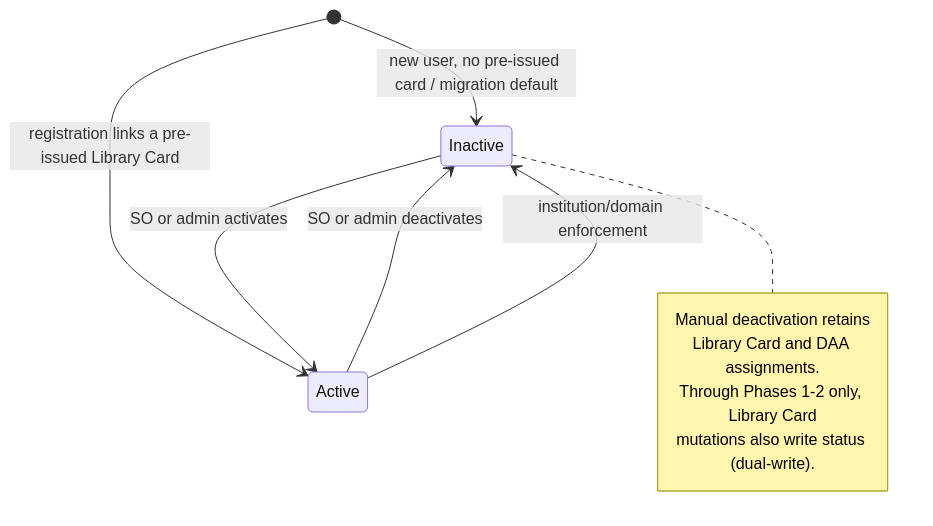
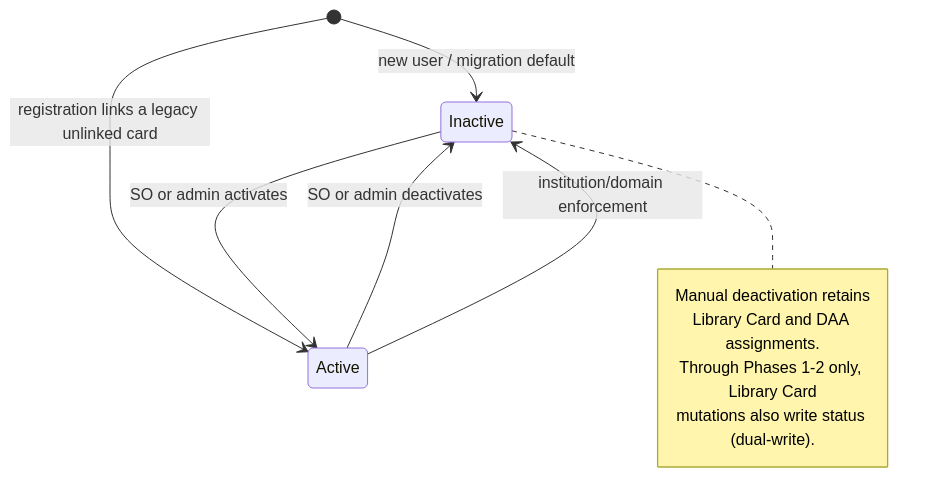
One commit to DataBiosphere/consent changed the second of 3 diagrams in docs/plans/researcher-status-decoupling-plan.md. Above: the diagram before and after it, drawn with Mermaid. The commit also changed other lines of this file, not shown here.

````diff
--- a/docs/plans/researcher-status-decoupling-plan.md
+++ b/docs/plans/researcher-status-decoupling-plan.md
@@ -147,15 +130,15 @@
 ```mermaid
 stateDiagram-v2
-  [*] --> Inactive: new user, no pre-issued card / migration default
-  [*] --> Active: registration links a pre-issued Library Card
+  [*] --> Inactive: new user / migration default
+  [*] --> Active: registration links a legacy unlinked card
   Inactive --> Active: SO or admin activates
   Active --> Inactive: SO or admin deactivates
   Active --> Inactive: institution/domain enforcement
 
   note right of Inactive
     Manual deactivation retains
     Library Card and DAA assignments.
     Through Phases 1-2 only, Library Card
     mutations also write status (dual-write).
   end note
 ```
````
